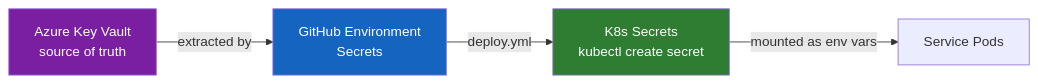
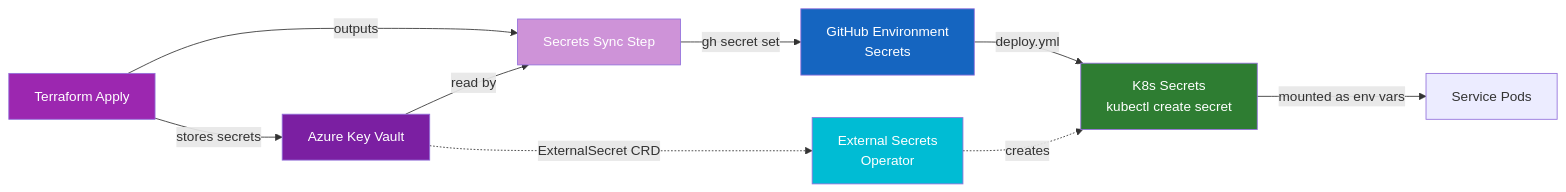
One commit to edinc/octo-eshop-demo changed the tenth of 11 diagrams in docs/cicd-pipeline.md. Above: the diagram before and after it, drawn with Mermaid. The commit also changed other lines of this file and 2 other files, not shown here.

````diff
--- a/docs/cicd-pipeline.md
+++ b/docs/cicd-pipeline.md
@@ -415,10 +440,19 @@
 ```mermaid
 graph LR
-    AKV[Azure Key Vault<br/>source of truth] -->|extracted by| GHS[GitHub Environment<br/>Secrets]
+    TF[Terraform Apply] -->|stores secrets| AKV[Azure Key Vault]
+    TF -->|outputs| SYNC[Secrets Sync Step]
+    AKV -->|read by| SYNC
+    SYNC -->|gh secret set| GHS[GitHub Environment<br/>Secrets]
     GHS -->|deploy.yml| K8S[K8s Secrets<br/>kubectl create secret]
     K8S -->|mounted as env vars| POD[Service Pods]
 
+    AKV -.->|ExternalSecret CRD| ESO[External Secrets<br/>Operator]
+    ESO -.->|creates| K8S
+
+    style TF fill:#9C27B0,color:white
     style AKV fill:#7B1FA2,color:white
+    style SYNC fill:#CE93D8,color:white
     style GHS fill:#1565C0,color:white
     style K8S fill:#2E7D32,color:white
+    style ESO fill:#00BCD4,color:white
 ```
````
